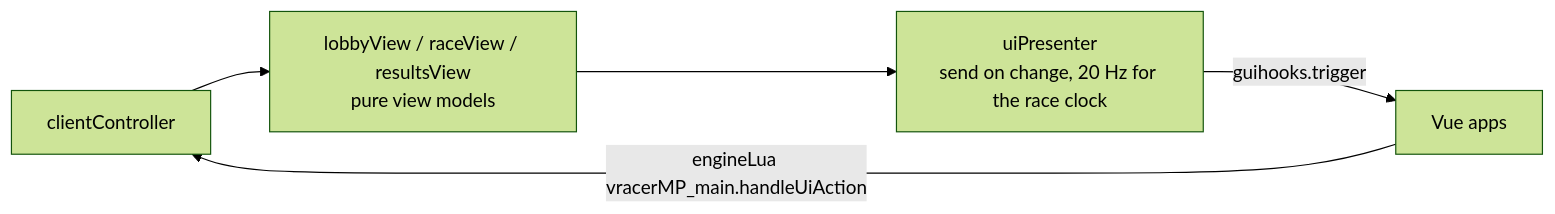
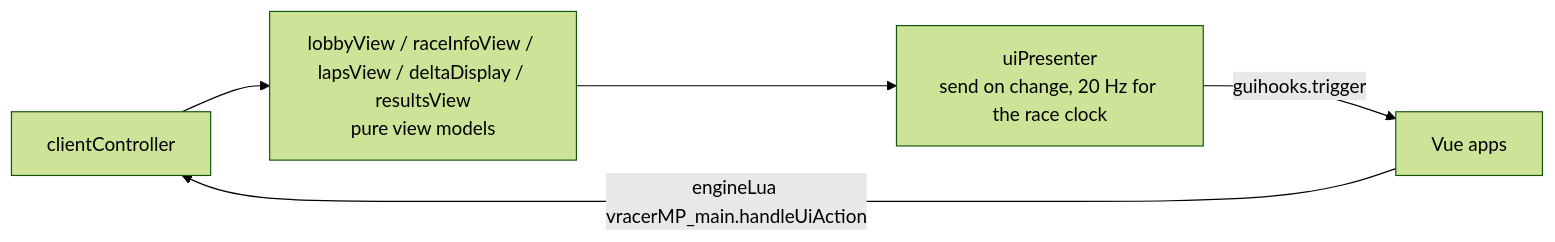
One commit to eestradalucero/VRacerMP changed the third of 3 diagrams in docs/architecture.md. Above: the diagram before and after it, drawn with Mermaid (forest theme). The commit also changed other lines of this file and 32 other files, not shown here.

First line of the commit message:
B-2: split the race panel into race info, deltas and laps apps

````diff
--- a/docs/architecture.md
+++ b/docs/architecture.md
@@ -371,7 +373,7 @@
 ```mermaid
 flowchart LR
-  CTRL[clientController] --> VIEWS[lobbyView / raceView / resultsView<br/>pure view models]
+  CTRL[clientController] --> VIEWS[lobbyView / raceInfoView / lapsView / deltaDisplay / resultsView<br/>pure view models]
   VIEWS --> PRES[uiPresenter<br/>send on change, 20 Hz for the race clock]
   PRES -->|guihooks.trigger| APPS[Vue apps]
   APPS -->|engineLua vracerMP_main.handleUiAction| CTRL
 ```
````
